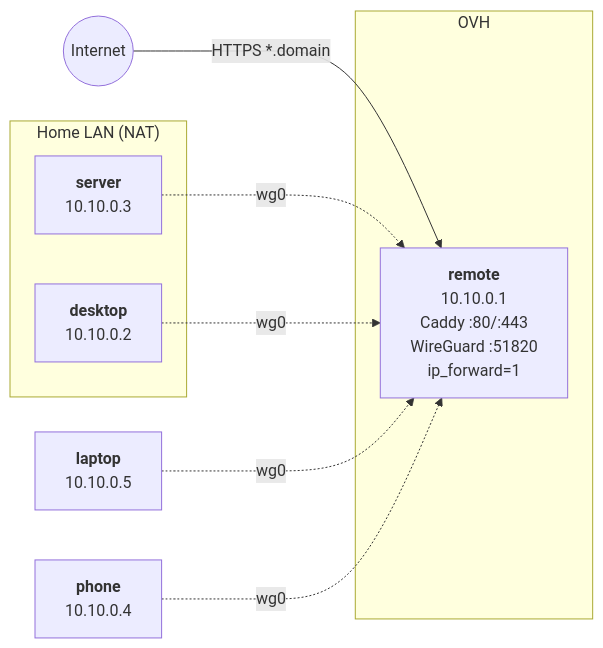
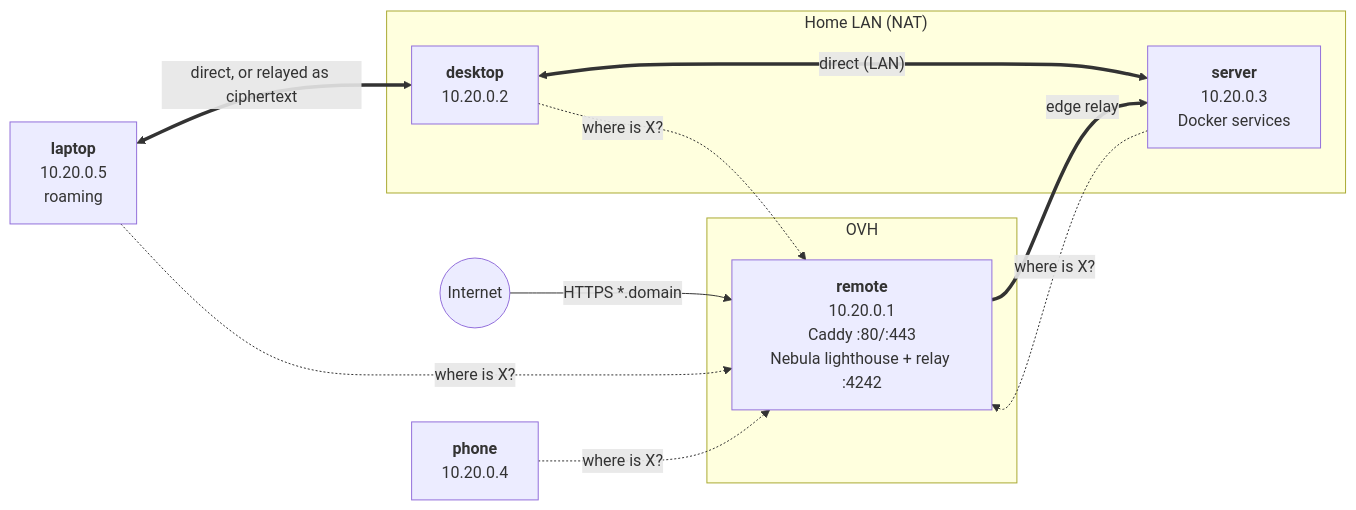
One commit to LeVraiBaptiste/nixos changed the first of 4 diagrams in docs/architecture.md. Above: the diagram before and after it, drawn with Mermaid. The commit also changed other lines of this file and 14 other files, not shown here.

````diff
--- a/docs/architecture.md
+++ b/docs/architecture.md
@@ -19,22 +19,22 @@
 ```mermaid
 flowchart LR
     internet(("Internet"))
 
     subgraph ovh["OVH"]
-        remote["<b>remote</b><br>10.10.0.1<br>Caddy :80/:443<br>WireGuard :51820<br>ip_forward=1"]
+        remote["<b>remote</b><br>10.20.0.1<br>Caddy :80/:443<br>Nebula lighthouse + relay :4242"]
     end
 
     subgraph home["Home LAN (NAT)"]
-        server["<b>server</b><br>10.10.0.3"]
-        desktop["<b>desktop</b><br>10.10.0.2"]
+        server["<b>server</b><br>10.20.0.3<br>Docker services"]
+        desktop["<b>desktop</b><br>10.20.0.2"]
     end
 
-    laptop["<b>laptop</b><br>10.10.0.5"]
-    phone["<b>phone</b><br>10.10.0.4"]
+    laptop["<b>laptop</b><br>10.20.0.5<br>roaming"]
+    phone["<b>phone</b><br>10.20.0.4"]
 
     internet -- "HTTPS *.domain" --> remote
-    server -. "wg0" .-> remote
-    desktop -. "wg0" .-> remote
-    laptop -. "wg0" .-> remote
-    phone -. "wg0" .-> remote
+    server & desktop & laptop & phone -. "where is X?" .-> remote
+    desktop <== "direct (LAN)" ==> server
+    laptop <== "direct, or relayed as ciphertext" ==> desktop
+    remote == "edge relay" ==> server
 ```
````
